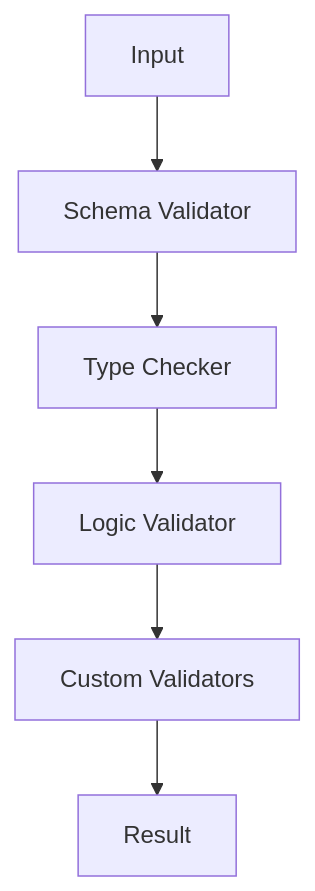
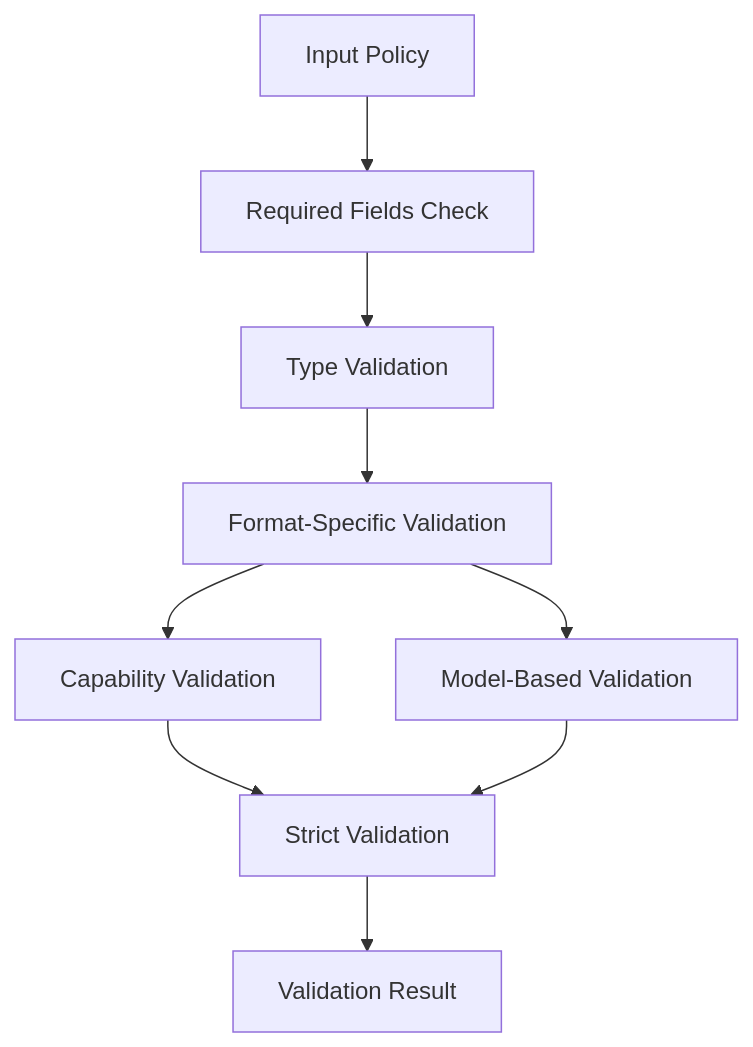
Before and after one commit to antenore/ARIA: the diagram in docs/technical/validation.md, drawn with Mermaid. The commit also changed other lines of this file and 18 other files, not shown here.

First line of the commit message:
docs: Implement dual-format policy documentation

````diff
--- a/docs/technical/validation.md
+++ b/docs/technical/validation.md
@@ -28,8 +76,11 @@
 ```mermaid
 graph TD
-    A[Input] --> B[Schema Validator]
-    B --> C[Type Checker]
-    C --> D[Logic Validator]
-    D --> E[Custom Validators]
-    E --> F[Result]
+    A[Input Policy] --> B[Required Fields Check]
+    B --> C[Type Validation]
+    C --> D[Format-Specific Validation]
+    D --> E1[Capability Validation]
+    D --> E2[Model-Based Validation]
+    E1 --> F[Strict Validation]
+    E2 --> F
+    F --> G[Validation Result]
 ```
````
